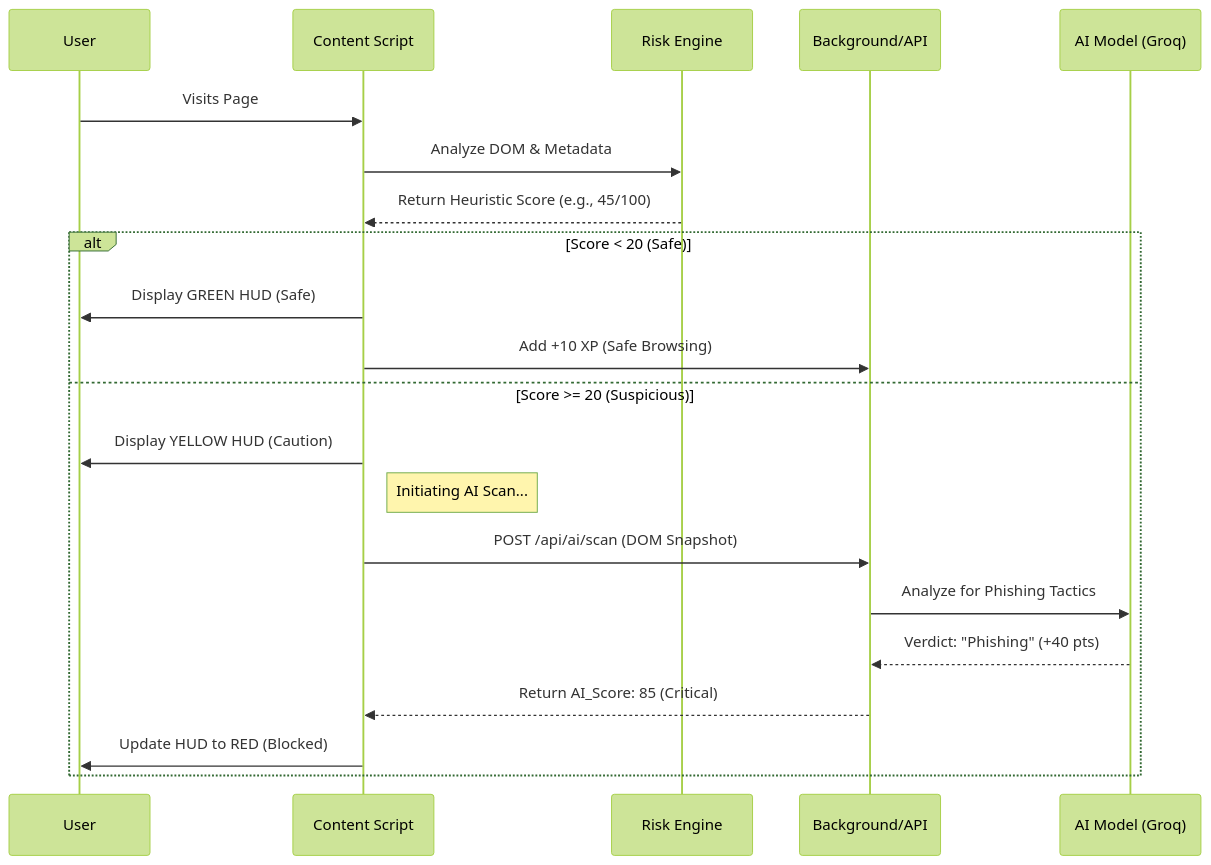
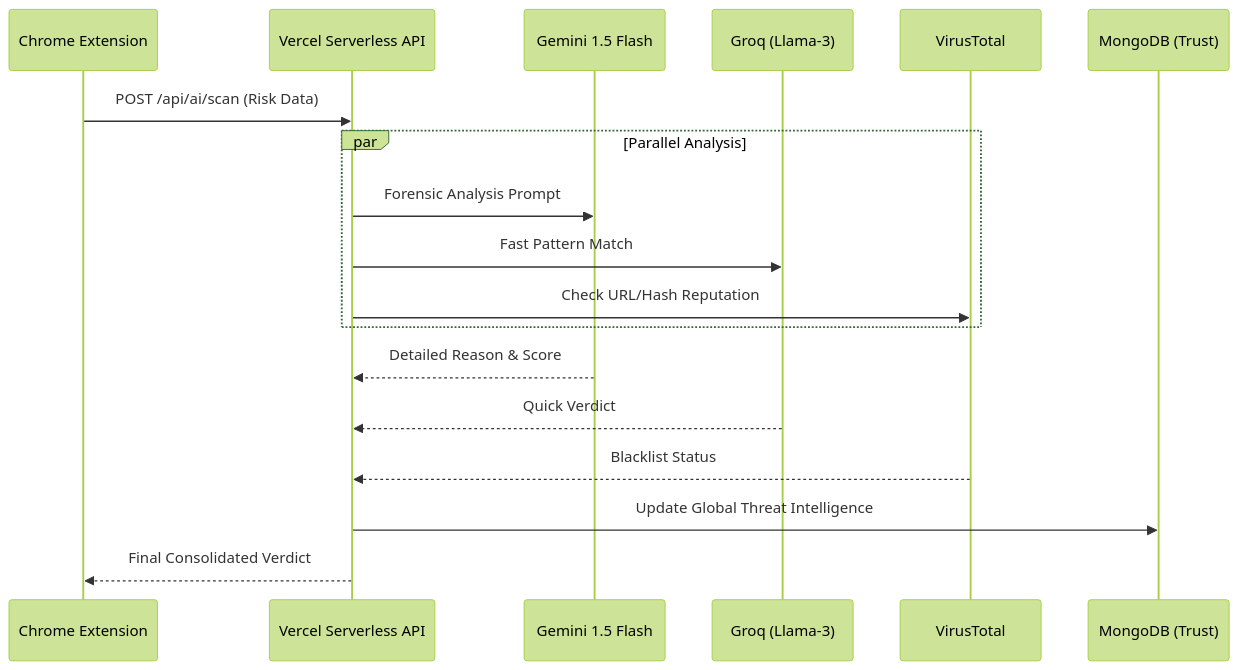
Before and after one commit to subratkumarpadhy4/oculus: the second of 3 diagrams in README.md, drawn with Mermaid (forest theme). The commit also changed other lines of this file, not shown here.

Commit message:
docs: Comprehensive update to README.md covering all features, installation, and logic flows

````diff
--- a/README.md
+++ b/README.md
@@ -91,25 +77,24 @@
 ```mermaid
 sequenceDiagram
-    participant User
-    participant Ext as Content Script
-    participant RE as Risk Engine
-    participant BG as Background/API
-    participant AI as AI Model (Groq)
+    participant Client as Chrome Extension
+    participant API as Vercel Serverless API
+    participant Gemini as Gemini 1.5 Flash
+    participant Groq as Groq (Llama-3)
+    participant VT as VirusTotal
+    participant DB as MongoDB (Trust)
 
-    User->>Ext: Visits Page
-    Ext->>RE: Analyze DOM & Metadata
-    RE-->>Ext: Return Heuristic Score (e.g., 45/100)
+    Client->>API: POST /api/ai/scan (Risk Data)
     
-    alt Score < 20 (Safe)
-        Ext->>User: Display GREEN HUD (Safe)
-        Ext->>BG: Add +10 XP (Safe Browsing)
-    else Score >= 20 (Suspicious)
-        Ext->>User: Display YELLOW HUD (Caution)
-        Note right of Ext: Initiating AI Scan...
-        Ext->>BG: POST /api/ai/scan (DOM Snapshot)
-        BG->>AI: Analyze for Phishing Tactics
-        AI-->>BG: Verdict: "Phishing" (+40 pts)
-        BG-->>Ext: Return AI_Score: 85 (Critical)
-        Ext->>User: Update HUD to RED (Blocked)
+    par Parallel Analysis
+        API->>Gemini: Forensic Analysis Prompt
+        API->>Groq: Fast Pattern Match
+        API->>VT: Check URL/Hash Reputation
     end
+    
+    Gemini-->>API: Detailed Reason & Score
+    Groq-->>API: Quick Verdict
+    VT-->>API: Blacklist Status
+    
+    API->>DB: Update Global Threat Intelligence
+    API-->>Client: Final Consolidated Verdict
 ```
````
